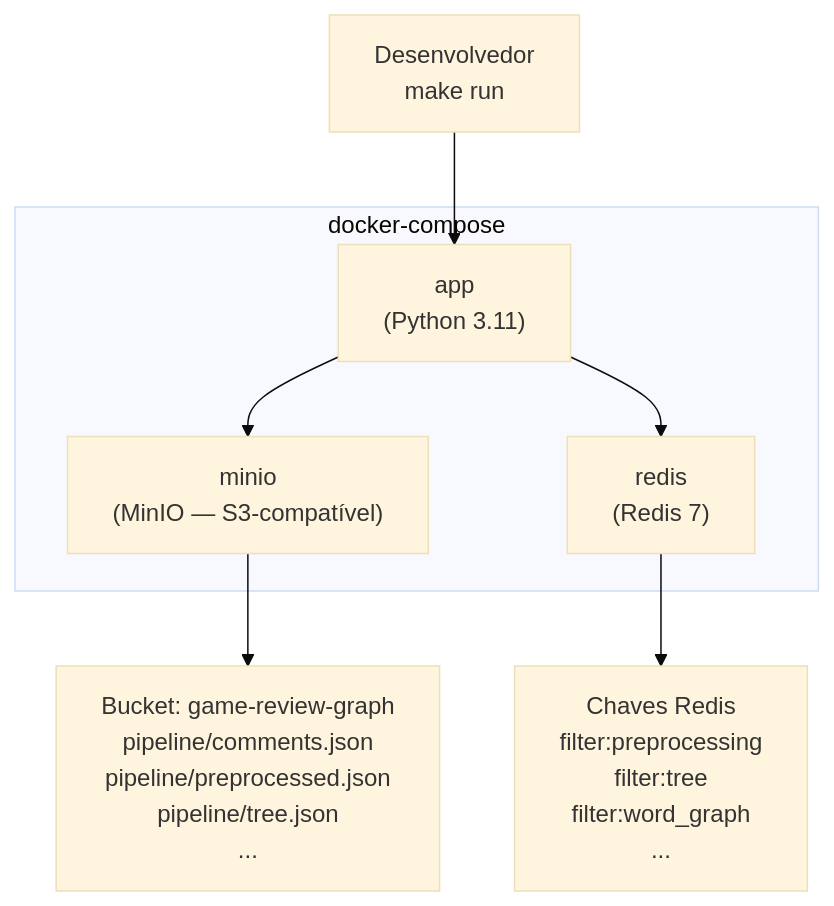
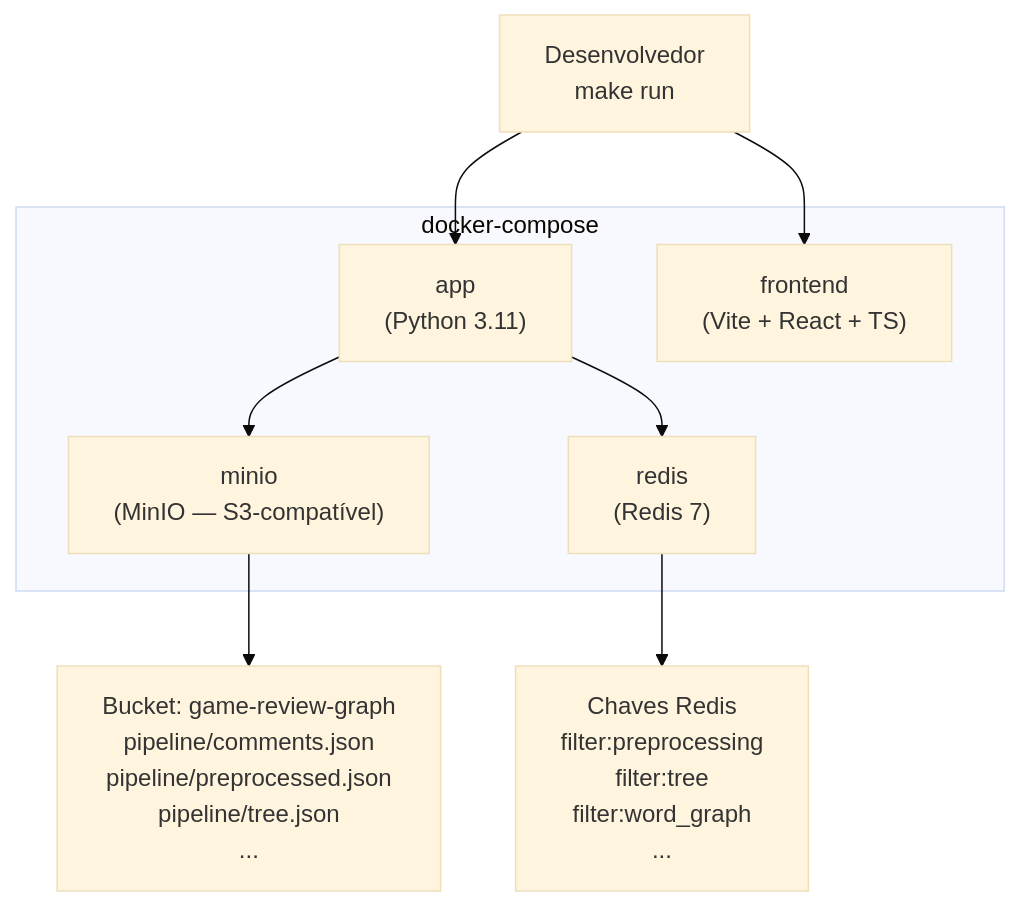
The diagram in docs/infraestrutura.md (RufinoVfR/GameReviewGraph), drawn with Mermaid (base theme) before and after one commit. The commit also changed other lines of this file and 50 other files, not shown here.

````diff
--- a/docs/infraestrutura.md
+++ b/docs/infraestrutura.md
@@ -9,17 +11,19 @@
 ```mermaid
 flowchart TD
     DEV["Desenvolvedor\nmake run"]
 
     subgraph Docker["docker-compose"]
         APP["app\n(Python 3.11)"]
+        FE["frontend\n(Vite + React + TS)"]
         MINIO["minio\n(MinIO — S3-compatível)"]
         REDIS["redis\n(Redis 7)"]
     end
 
     BUCKET["Bucket: game-review-graph\npipeline/comments.json\npipeline/preprocessed.json\npipeline/tree.json\n..."]
     RKEYS["Chaves Redis\nfilter:preprocessing\nfilter:tree\nfilter:word_graph\n..."]
 
     DEV --> APP
+    DEV --> FE
     APP --> MINIO --> BUCKET
     APP --> REDIS --> RKEYS
 ```
````
